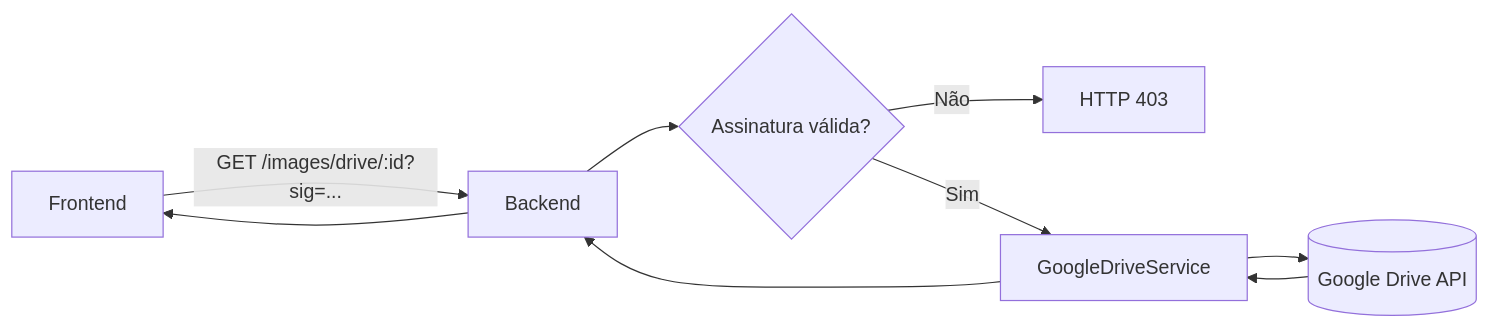
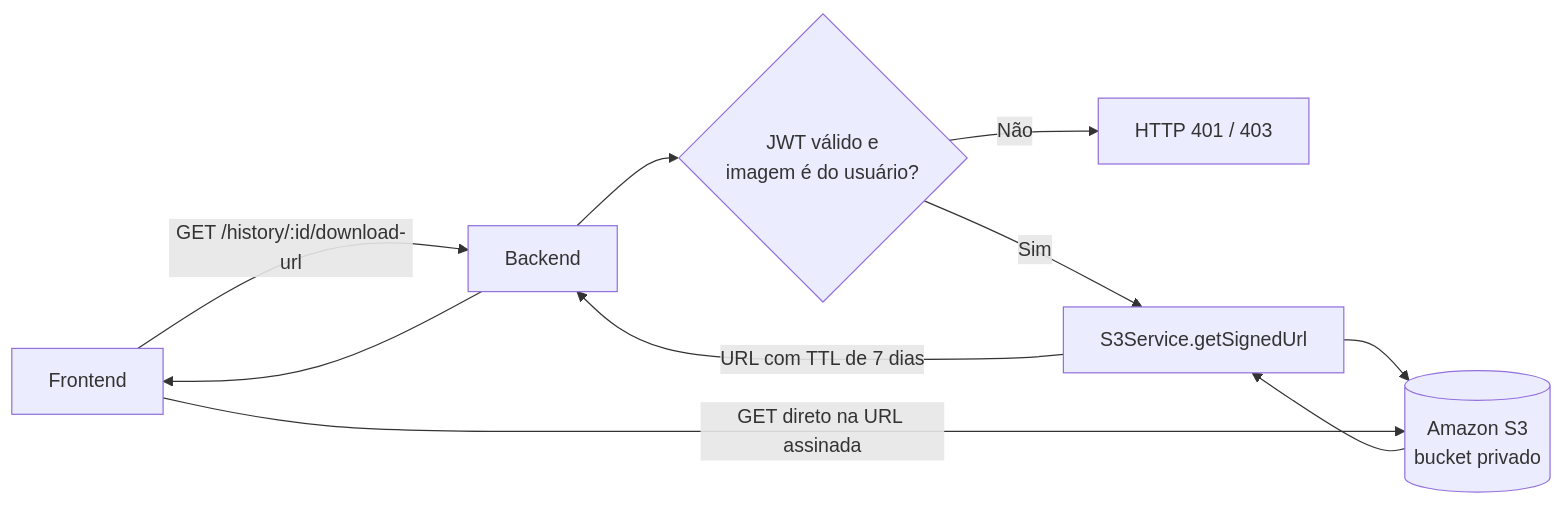
One commit to taysouzaa/spi-showcase changed the second of 3 diagrams in docs/DIAGRAMS.md. Above: the diagram before and after it, drawn with Mermaid. The commit also changed other lines of this file and 4 other files, not shown here.

First line of the commit message:
docs: alinha diagramas e comentarios com a arquitetura em S3

````diff
--- a/docs/DIAGRAMS.md
+++ b/docs/DIAGRAMS.md
@@ -35,11 +39,12 @@
 ```mermaid
 flowchart LR
-    FE[Frontend] -->|GET /images/drive/:id?sig=...| API[Backend]
-    API --> SIGN{Assinatura válida?}
-    SIGN -->|Não| ERR[HTTP 403]
-    SIGN -->|Sim| DRIVE[GoogleDriveService]
-    DRIVE --> GD[(Google Drive API)]
-    GD --> DRIVE
-    DRIVE --> API
+    FE[Frontend] -->|GET /history/:id/download-url| API[Backend]
+    API --> AUTH{JWT válido e<br/>imagem é do usuário?}
+    AUTH -->|Não| ERR[HTTP 401 / 403]
+    AUTH -->|Sim| S3S[S3Service.getSignedUrl]
+    S3S --> S3[(Amazon S3<br/>bucket privado)]
+    S3 --> S3S
+    S3S -->|URL com TTL de 7 dias| API
     API --> FE
+    FE -->|GET direto na URL assinada| S3
 ```
````
